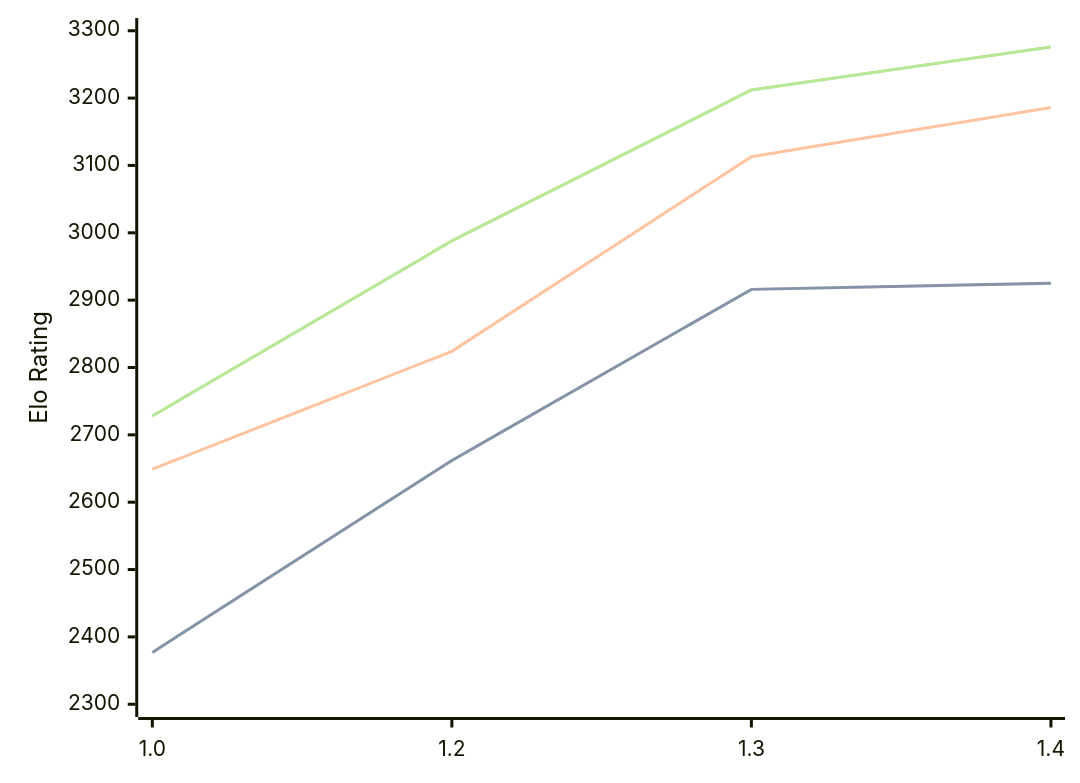
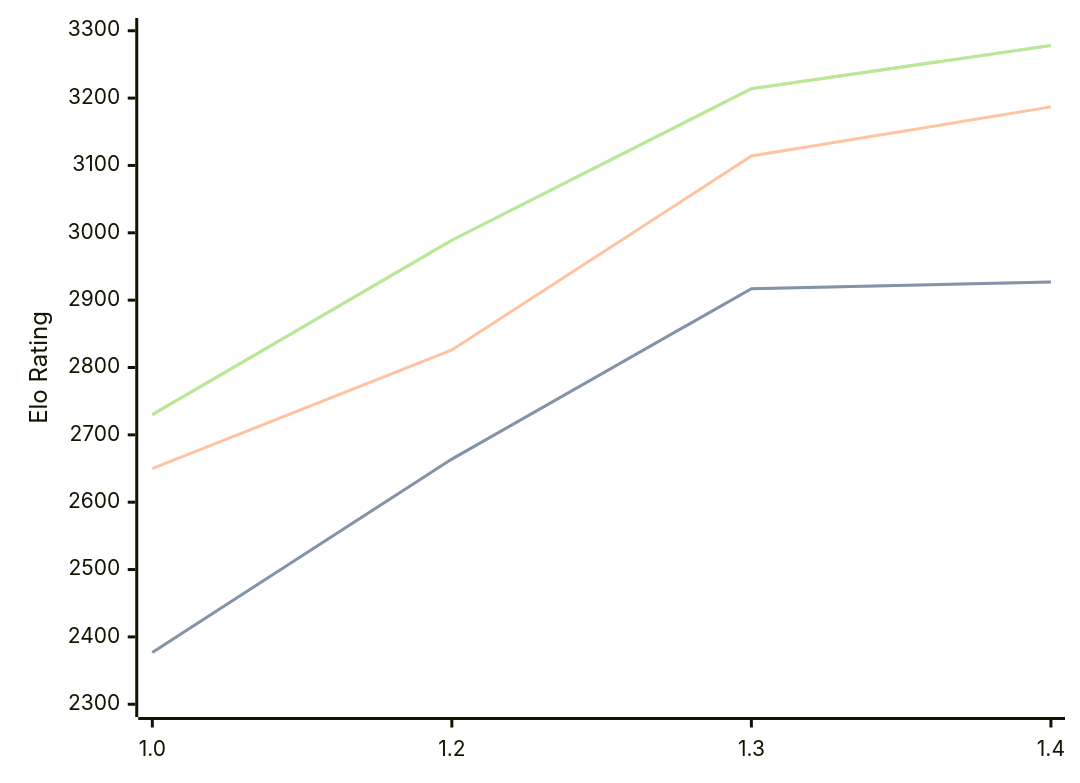
One commit to computer-chess-index/cci changed the diagram in engines/Chessnix.md. Above: the diagram before and after it, drawn with Mermaid. The commit also changed other lines of this file, not shown here.

Commit message:
Update CCI Ratings (ELO VLTC) - 2026-05-06

````diff
--- a/engines/Chessnix.md
+++ b/engines/Chessnix.md
@@ -36,11 +36,11 @@
 ```mermaid
 %%{init: {"theme":"base","themeVariables":{"seriesColors:['#a3a3a3','#222221','#faa371']}}}%%
 xychart-beta
   x-axis ["1.0", "1.2", "1.3", "1.4"]
   y-axis "Elo Rating" 2300 --> 3300
-  line "STC (8.0+0.08s)" [2377, 2662, 2916, 2925]
-  line "STC (8.0+0.08s)" [2377, 2662, 2916, 2925]
-  line "LTC (60.0+0.60s)" [2649, 2824, 3113, 3186]
-  line "VLTC (2m24s+1.12s)" [2728, 2988, 3212, 3276]
-  line "VLTC (2m24s+1.12s)" [2728, 2988, 3212, 3276]
+  line "STC (8.0+0.08s)" [2377, 2664, 2917, 2927]
+  line "STC (8.0+0.08s)" [2377, 2664, 2917, 2927]
+  line "LTC (60.0+0.60s)" [2650, 2826, 3114, 3187]
+  line "VLTC (2m24s+1.12s)" [2730, 2989, 3214, 3278]
+  line "VLTC (2m24s+1.12s)" [2730, 2989, 3214, 3278]
 ```
````
